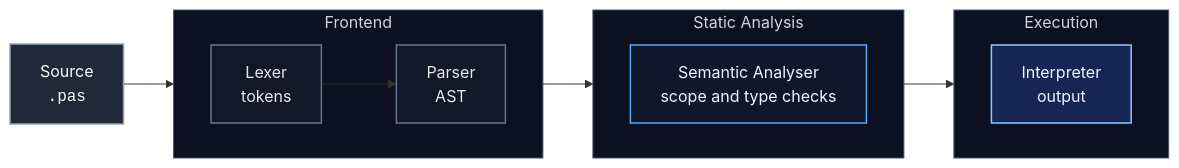
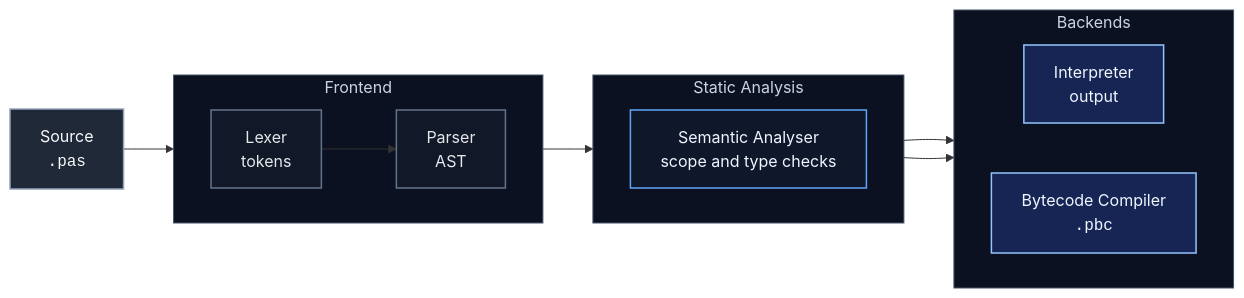
The diagram in README.md (akurkar07/Interpreter), drawn with Mermaid before and after one commit. The commit also changed other lines of this file, not shown here.

Commit message:
Update README to enhance project description, add bytecode compilation details, and clarify architecture

````diff
--- a/README.md
+++ b/README.md
@@ -74,38 +90,40 @@
 ```mermaid
 flowchart LR
     A["Source<br/><code>.pas</code>"]
 
     subgraph F["Frontend"]
         direction LR
         B["Lexer<br/>tokens"]
         C["Parser<br/>AST"]
     end
 
     subgraph S["Static Analysis"]
         direction LR
         D["Semantic Analyser<br/>scope and type checks"]
     end
 
-    subgraph R["Execution"]
+    subgraph R["Backends"]
         direction LR
         E["Interpreter<br/>output"]
+        G["Bytecode Compiler<br/><code>.pbc</code>"]
     end
 
     A --> B
     B --> C
     C --> D
     D --> E
+    D --> G
 
     classDef source fill:#1f2937,stroke:#94a3b8,stroke-width:1.5px,color:#f8fafc;
     classDef front fill:#111827,stroke:#64748b,stroke-width:1.5px,color:#e5e7eb;
     classDef middle fill:#0f172a,stroke:#60a5fa,stroke-width:1.5px,color:#eff6ff;
     classDef runtime fill:#172554,stroke:#93c5fd,stroke-width:1.5px,color:#eff6ff;
     classDef group fill:#0b1120,stroke:#475569,stroke-width:1px,color:#cbd5e1;
 
     class A source;
     class B,C front;
     class D middle;
-    class E runtime;
+    class E,G runtime;
     class F,S,R group;
 
 ```
````
